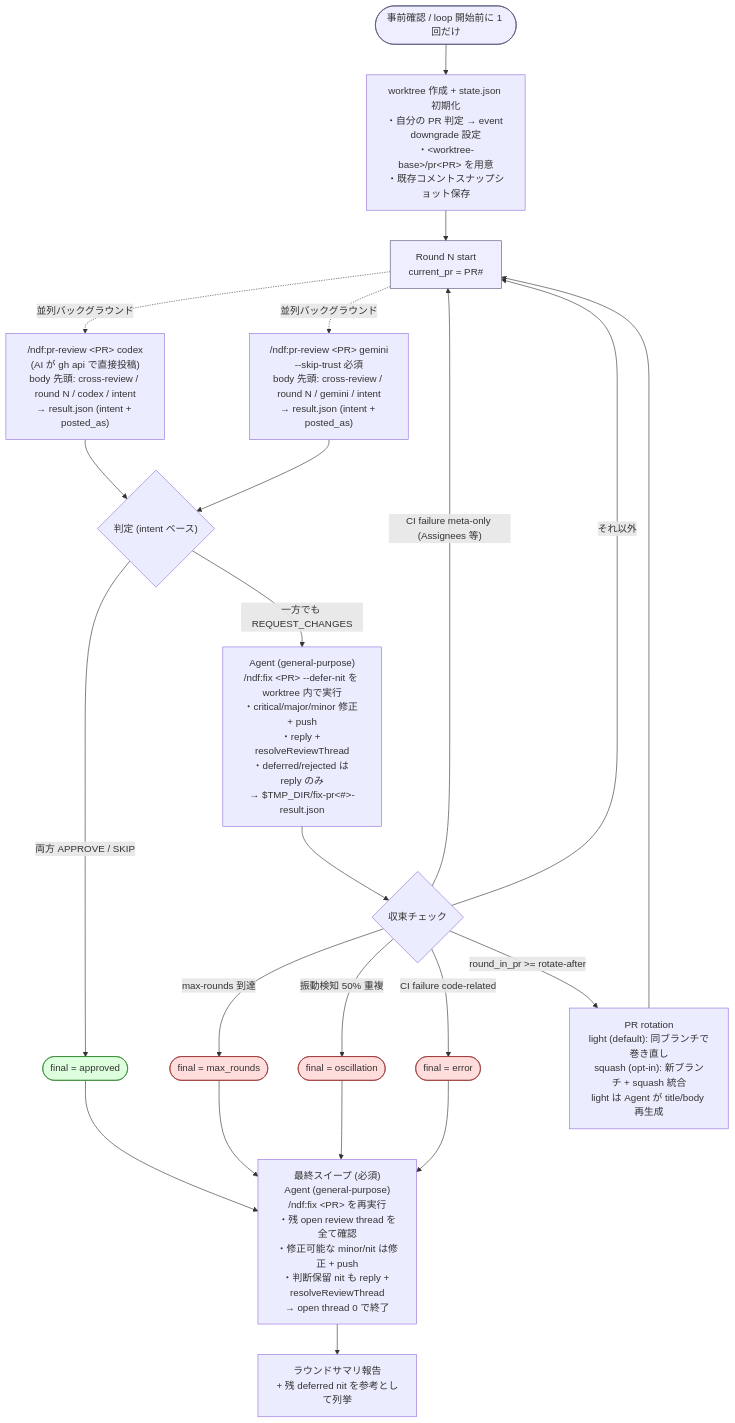
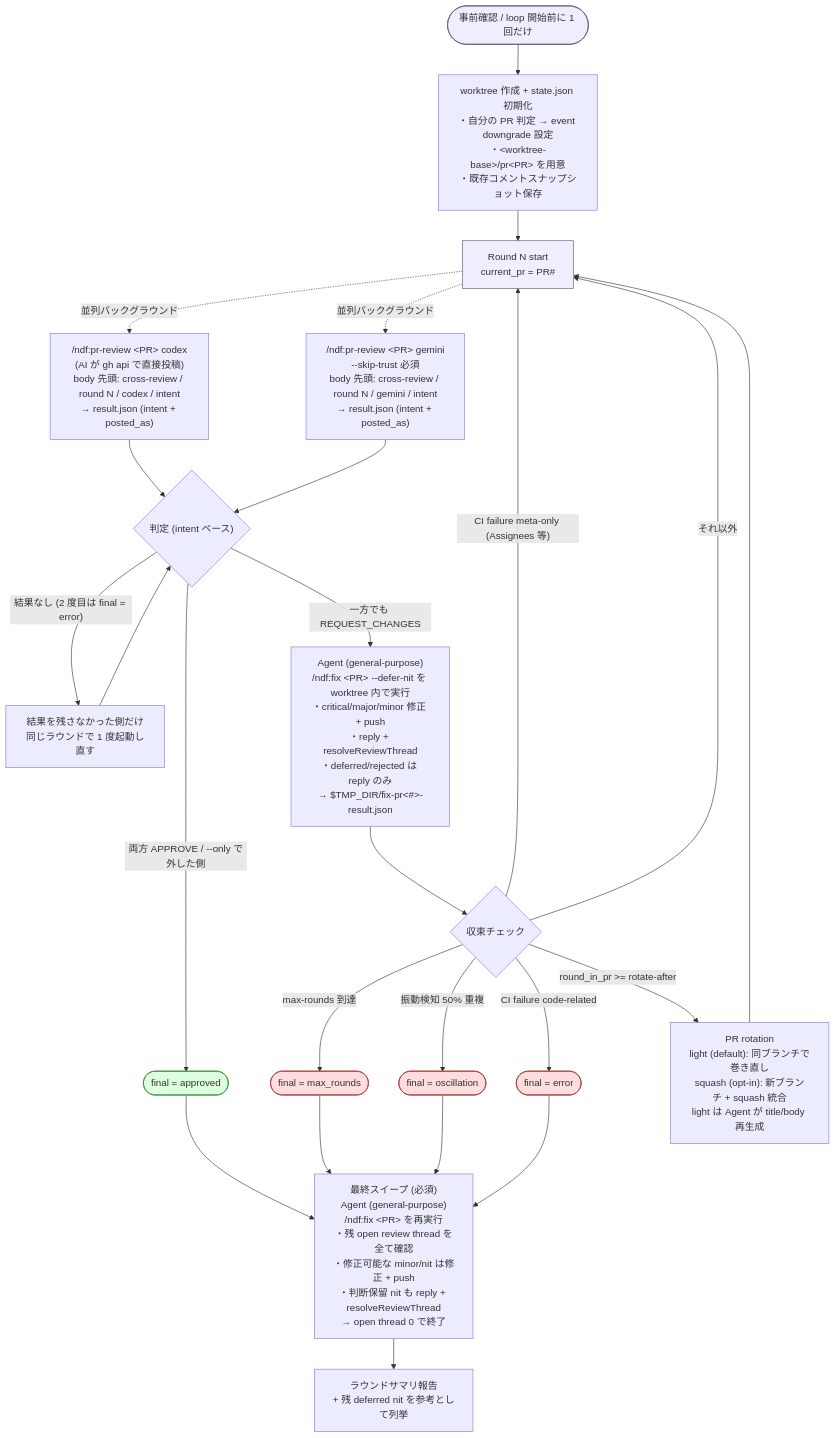
The diagram in plugins/ndf/skills/cross-review/SKILL.md (devbasex/ai-plugins), drawn with Mermaid before and after one commit. The commit also changed other lines of this file and 4 other files, not shown here.

````diff
--- a/plugins/ndf/skills/cross-review/SKILL.md
+++ b/plugins/ndf/skills/cross-review/SKILL.md
@@ -158,33 +158,35 @@
 ```mermaid
 flowchart TD
     Start([事前確認 / loop 開始前に 1 回だけ]):::phase --> Init["worktree 作成 + state.json 初期化<br/>・自分の PR 判定 → event downgrade 設定<br/>・&lt;worktree-base&gt;/pr&lt;PR&gt; を用意<br/>・既存コメントスナップショット保存"]
     Init --> Round["Round N start<br/>current_pr = PR#"]:::phase
 
     Round -.並列バックグラウンド.-> Codex["/ndf:pr-review &lt;PR&gt; codex<br/>(AI が gh api で直接投稿)<br/>body 先頭: cross-review / round N / codex / intent<br/>→ result.json (intent + posted_as)"]
     Round -.並列バックグラウンド.-> Gemini["/ndf:pr-review &lt;PR&gt; gemini<br/>--skip-trust 必須<br/>body 先頭: cross-review / round N / gemini / intent<br/>→ result.json (intent + posted_as)"]
 
     Codex --> Decide{"判定 (intent ベース)"}
     Gemini --> Decide
 
-    Decide -->|両方 APPROVE / SKIP| Approved([final = approved]):::ok
+    Decide -->|"結果なし (2 度目は final = error)"| Relaunch["結果を残さなかった側だけ<br/>同じラウンドで 1 度起動し直す"]
+    Relaunch --> Decide
+    Decide -->|"両方 APPROVE / --only で外した側"| Approved([final = approved]):::ok
     Decide -->|一方でも REQUEST_CHANGES| Fix["Agent (general-purpose)<br/>/ndf:fix &lt;PR&gt; --defer-nit を worktree 内で実行<br/>・critical/major/minor 修正 + push<br/>・reply + resolveReviewThread<br/>・deferred/rejected は reply のみ<br/>→ $TMP_DIR/fix-pr&lt;#&gt;-result.json"]
 
     Fix --> Check{収束チェック}
     Check -->|max-rounds 到達| MaxR([final = max_rounds]):::stop
     Check -->|振動検知 50% 重複| Osc([final = oscillation]):::stop
     Check -->|CI failure code-related| Err([final = error]):::stop
     Check -->|"CI failure meta-only (Assignees 等)"| Round
     Check -->|round_in_pr >= rotate-after| Rotate["PR rotation<br/>light (default): 同ブランチで巻き直し<br/>squash (opt-in): 新ブランチ + squash 統合<br/>light は Agent が title/body 再生成"]
     Check -->|それ以外| Round
     Rotate --> Round
 
     Approved --> Sweep["最終スイープ (必須)<br/>Agent (general-purpose)<br/>/ndf:fix &lt;PR&gt; を再実行<br/>・残 open review thread を全て確認<br/>・修正可能な minor/nit は修正 + push<br/>・判断保留 nit も reply + resolveReviewThread<br/>→ open thread 0 で終了"]
     MaxR --> Sweep
     Osc --> Sweep
     Err --> Sweep
     Sweep --> Report[ラウンドサマリ報告<br/>+ 残 deferred nit を参考として列挙]
 
     classDef phase fill:#eef,stroke:#557
     classDef ok fill:#dfd,stroke:#383
     classDef stop fill:#fdd,stroke:#933
 ```
````
